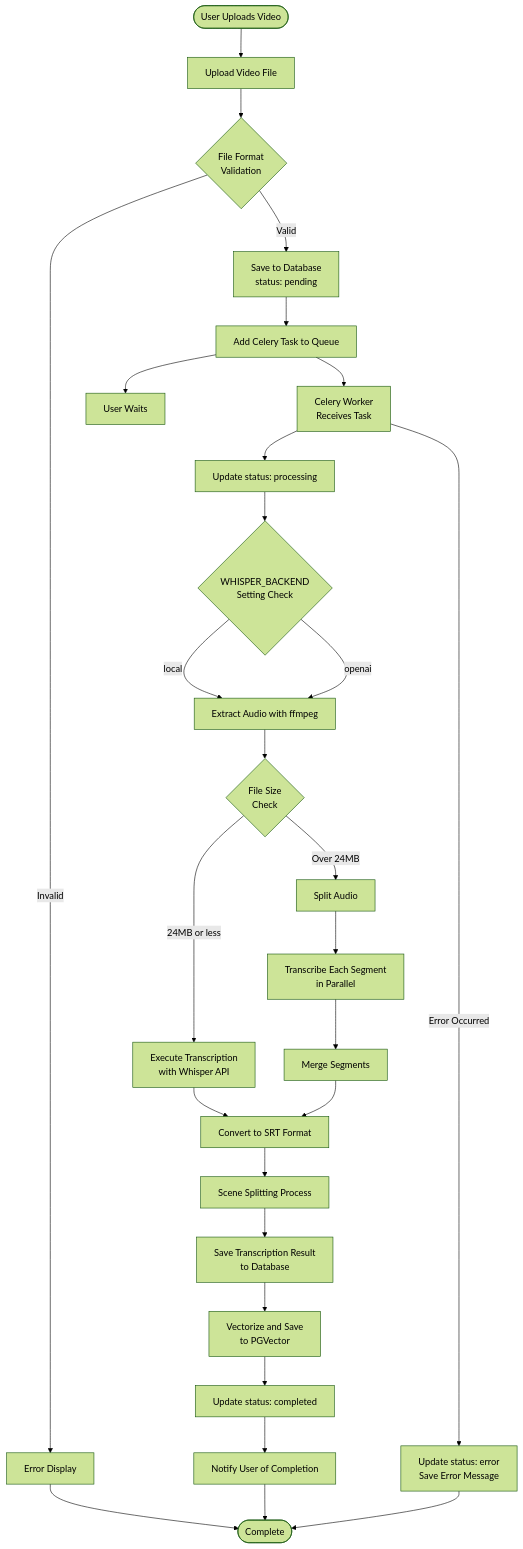
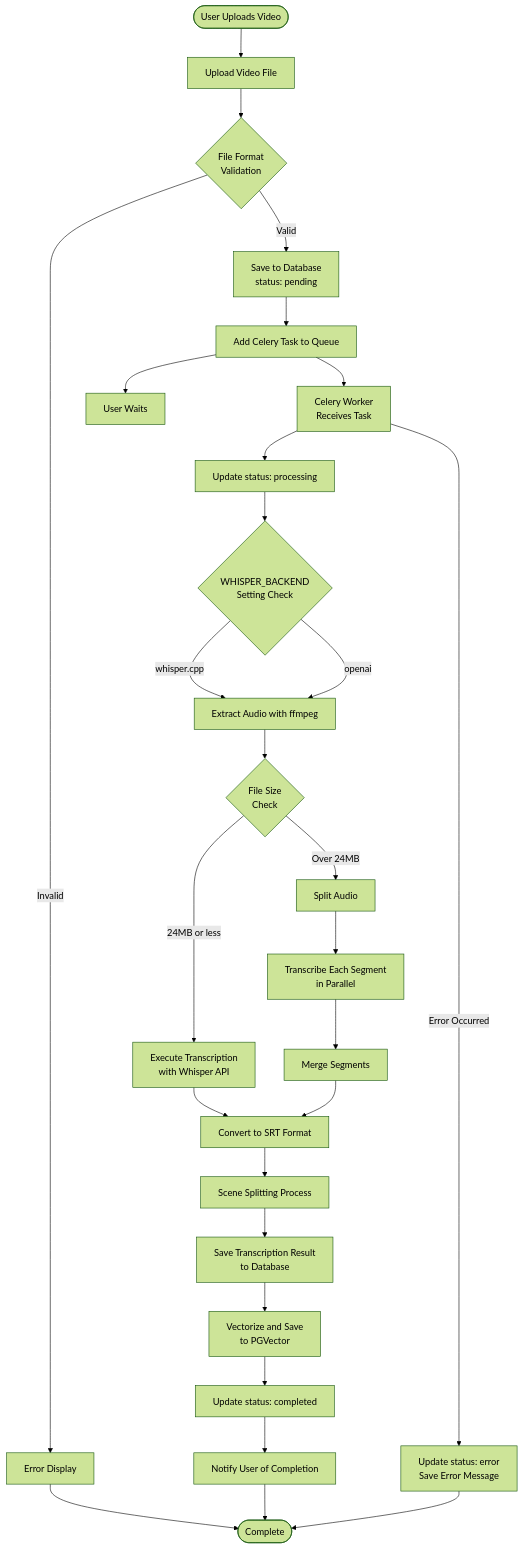
The first of 5 diagrams in docs/requirements/activity-diagram.md (yukiharada1228/videoq), drawn with Mermaid (forest theme) before and after one commit. The commit also changed 9 other files, not shown here.

First line of the commit message:
refactor: rename WHISPER_BACKEND value from "local" to "whisper.cpp"

````diff
--- a/docs/requirements/activity-diagram.md
+++ b/docs/requirements/activity-diagram.md
@@ -9,32 +9,32 @@
 ```mermaid
 flowchart TD
     Start([User Uploads Video]) --> Upload[Upload Video File]
     Upload --> Validate{"File Format<br>Validation"}
     Validate -->|Invalid| Error1[Error Display]
     Validate -->|Valid| Save[Save to Database<br/>status: pending]
     Save --> Queue[Add Celery Task to Queue]
     Queue --> Wait[User Waits]
     
     Queue --> Worker[Celery Worker<br/>Receives Task]
     Worker --> UpdateStatus1[Update status: processing]
     UpdateStatus1 --> CheckBackend{"WHISPER_BACKEND<br>Setting Check"}
-    CheckBackend -->|local| Extract[Extract Audio with ffmpeg]
+    CheckBackend -->|whisper.cpp| Extract[Extract Audio with ffmpeg]
     CheckBackend -->|openai| Extract[Extract Audio with ffmpeg]
     Extract --> CheckSize{"File Size<br>Check"}
     CheckSize -->|24MB or less| Transcribe1[Execute Transcription<br/>with Whisper API]
     CheckSize -->|Over 24MB| Split[Split Audio]
     Split --> Transcribe2[Transcribe Each Segment<br/>in Parallel]
     Transcribe2 --> Merge[Merge Segments]
     Merge --> CreateSRT[Convert to SRT Format]
     Transcribe1 --> CreateSRT
     CreateSRT --> SceneSplit[Scene Splitting Process]
     SceneSplit --> SaveTranscript[Save Transcription Result<br/>to Database]
     SaveTranscript --> Vectorize[Vectorize and Save<br/>to PGVector]
     Vectorize --> UpdateStatus2[Update status: completed]
     UpdateStatus2 --> Notify[Notify User of Completion]
     Notify --> End([Complete])
     
     Error1 --> End
     Worker -->|Error Occurred| UpdateError[Update status: error<br/>Save Error Message]
     UpdateError --> End
 ```
````
